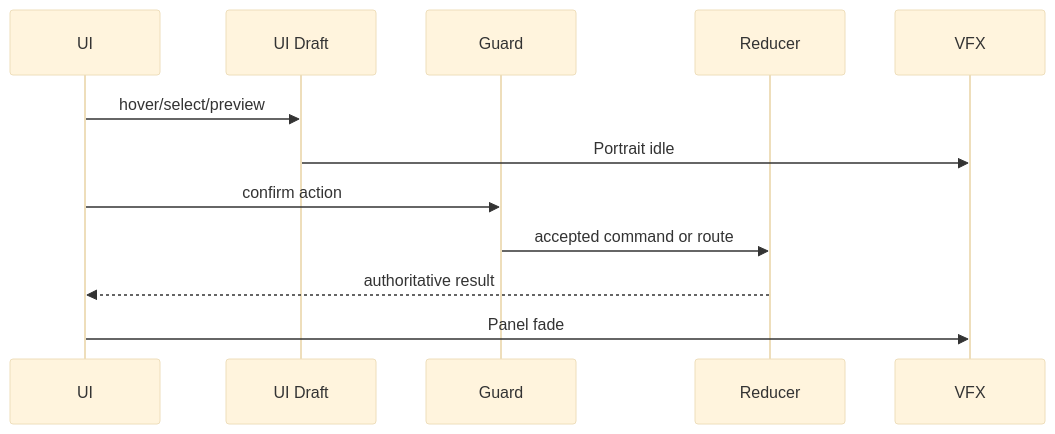
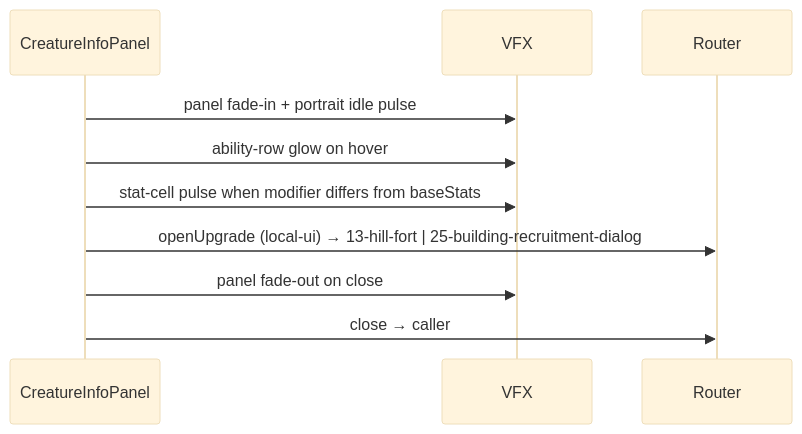
Before and after one commit to SunaNoOshiro/Heroes_Reforged_AI_Realms: the fourth of 5 diagrams in docs/architecture/wiki/screens/50-creature-info/architecture.md, drawn with Mermaid (base theme). The commit also changed other lines of this file and 518 other files, not shown here.

First line of the commit message:
Add doc-audit skill and sweep architecture/screen docs

````diff
--- a/docs/architecture/wiki/screens/50-creature-info/architecture.md
+++ b/docs/architecture/wiki/screens/50-creature-info/architecture.md
@@ -52,14 +66,12 @@
 ```mermaid
 sequenceDiagram
-  participant UI
-  participant Draft as UI Draft
-  participant Guard
-  participant Reducer
+  participant UI as CreatureInfoPanel
   participant VFX
-  UI->>Draft: hover/select/preview
-  Draft->>VFX: Portrait idle
-  UI->>Guard: confirm action
-  Guard->>Reducer: accepted command or route
-  Reducer-->>UI: authoritative result
-  UI->>VFX: Panel fade
+  participant Router
+  UI->>VFX: panel fade-in + portrait idle pulse
+  UI->>VFX: ability-row glow on hover
+  UI->>VFX: stat-cell pulse when modifier differs from baseStats
+  UI->>Router: openUpgrade (local-ui) → 13-hill-fort | 25-building-recruitment-dialog
+  UI->>VFX: panel fade-out on close
+  UI->>Router: close → caller
 ```
````
